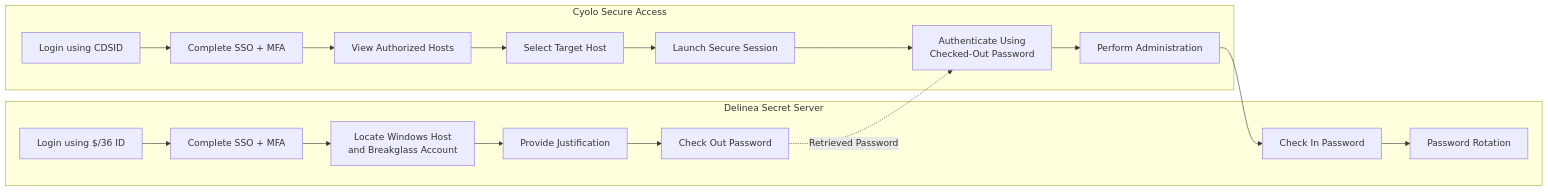
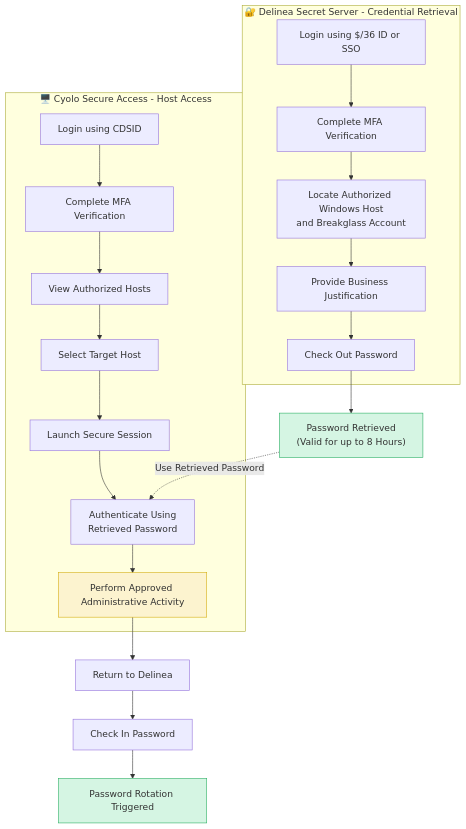
Before and after one commit to Ranjith-Marimuthu/PAM-Windows: the diagram in docs/for-end-users/use-handbook.new.md, drawn with Mermaid.

````diff
--- a/docs/for-end-users/use-handbook.new.md
+++ b/docs/for-end-users/use-handbook.new.md
@@ -44,30 +44,42 @@
 ```mermaid
-flowchart LR
+flowchart TD
 
-    subgraph D["Delinea Secret Server"]
-        D1[Login using $/36 ID]
-        D2[Complete SSO + MFA]
-        D3["Locate Windows Host<br/>and Breakglass Account"]
-        D4[Provide Justification]
-        D5[Check Out Password]
-        D6[Check In Password]
-        D7[Password Rotation]
-    end
+    subgraph D["🔐 Delinea Secret Server - Credential Retrieval"]
 
-    subgraph C["Cyolo Secure Access"]
-        C1[Login using CDSID]
-        C2[Complete SSO + MFA]
-        C3[View Authorized Hosts]
-        C4[Select Target Host]
-        C5[Launch Secure Session]
-        C6["Authenticate Using<br/>Checked-Out Password"]
-        C7[Perform Administration]
+        D1["Login using $/36 ID or SSO"]
+        D2["Complete MFA Verification"]
+        D3["Locate Authorized Windows Host<br/>and Breakglass Account"]
+        D4["Provide Business Justification"]
+        D5["Check Out Password"]
+
+        D1 --> D2 --> D3 --> D4 --> D5
 
     end
 
-    D1 --> D2 --> D3 --> D4 --> D5
-    D5 -. Retrieved Password .-> C6
-    C1 --> C2 --> C3 --> C4 --> C5 --> C6 --> C7 --> D6 --> D7
+    D5 --> P["Password Retrieved<br/>(Valid for up to 8 Hours)"]
 
+    subgraph C["🖥️ Cyolo Secure Access - Host Access"]
+
+        C1["Login using CDSID"]
+        C2["Complete MFA Verification"]
+        C3["View Authorized Hosts"]
+        C4["Select Target Host"]
+        C5["Launch Secure Session"]
+        C6["Authenticate Using<br/>Retrieved Password"]
+        C7["Perform Approved Administrative Activity"]
+
+        C1 --> C2 --> C3 --> C4 --> C5 --> C6 --> C7
+
+    end
+
+    P -. "Use Retrieved Password" .-> C6
+
+    C7 --> D6["Return to Delinea"]
+    D6 --> D7["Check In Password"]
+    D7 --> D8["Password Rotation Triggered"]
+
+    style P fill:#D5F5E3,stroke:#27AE60
+    style D8 fill:#D5F5E3,stroke:#27AE60
+    style C7 fill:#FCF3CF,stroke:#D4AC0D
 
 ```
````
